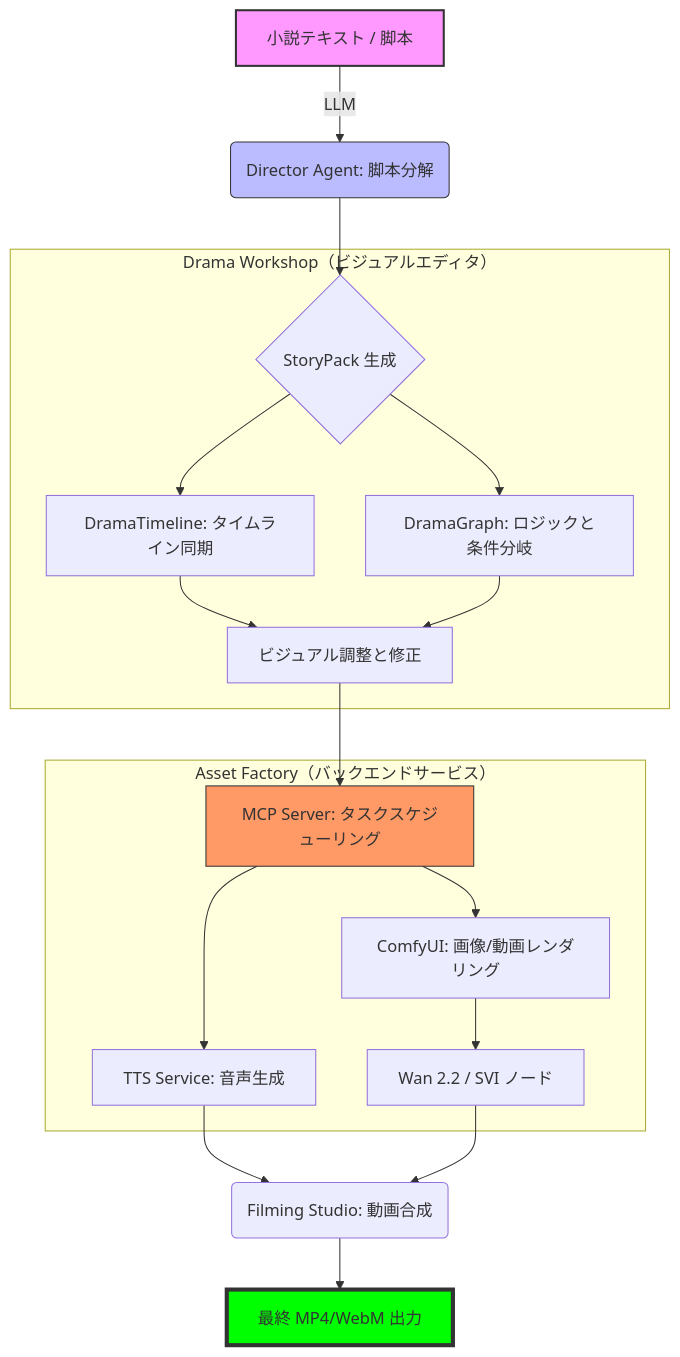
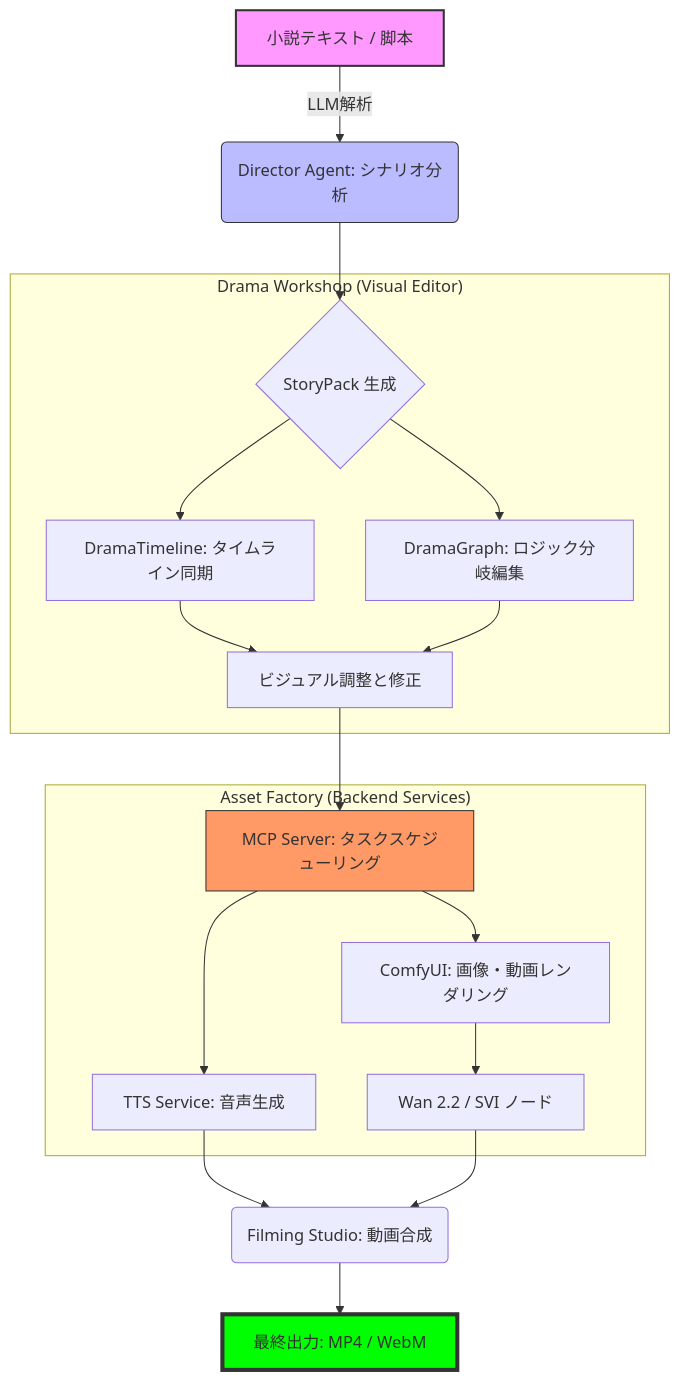
One commit to AtsushiHarimoto/portfolio changed the diagram in public/knowledge/ja/12_diagrams/07.Drama_Production_Workflow.md. Above: the diagram before and after it, drawn with Mermaid. The commit also changed other lines of this file and 139 other files, not shown here.

````diff
--- a/public/knowledge/ja/12_diagrams/07.Drama_Production_Workflow.md
+++ b/public/knowledge/ja/12_diagrams/07.Drama_Production_Workflow.md
@@ -7,27 +11,27 @@
 ```mermaid
 graph TD
-    A[小説テキスト / 脚本] -->|LLM| B(Director Agent: 脚本分解)
+    A[小説テキスト / 脚本] -->|LLM解析| B(Director Agent: シナリオ分析)
     B --> C{StoryPack 生成}
 
-    subgraph "Drama Workshop（ビジュアルエディタ）"
+    subgraph "Drama Workshop (Visual Editor)"
         C --> D[DramaTimeline: タイムライン同期]
-        C --> E[DramaGraph: ロジックと条件分岐]
+        C --> E[DramaGraph: ロジック分岐編集]
         D & E --> F[ビジュアル調整と修正]
     end
 
     F --> G[MCP Server: タスクスケジューリング]
 
-    subgraph "Asset Factory（バックエンドサービス）"
+    subgraph "Asset Factory (Backend Services)"
         G --> H[TTS Service: 音声生成]
-        G --> I[ComfyUI: 画像/動画レンダリング]
+        G --> I[ComfyUI: 画像・動画レンダリング]
         I --> J[Wan 2.2 / SVI ノード]
     end
 
     H & J --> K(Filming Studio: 動画合成)
-    K --> L[最終 MP4/WebM 出力]
+    K --> L[最終出力: MP4 / WebM]
 
     style A fill:#f9f,stroke:#333,stroke-width:2px
     style L fill:#00ff00,stroke:#333,stroke-width:4px
     style B fill:#bbf,stroke:#333
     style G fill:#f96,stroke:#333
 ```
````
